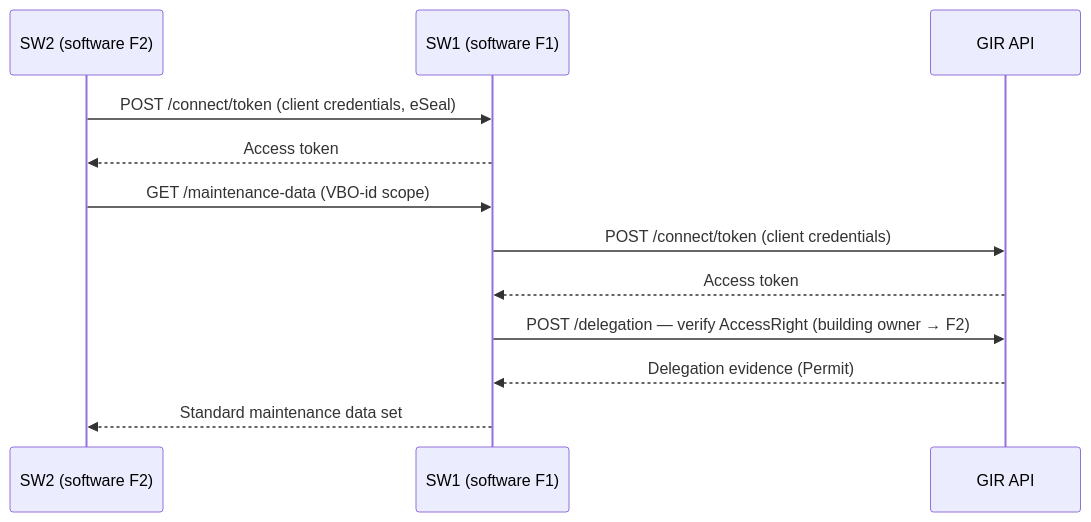
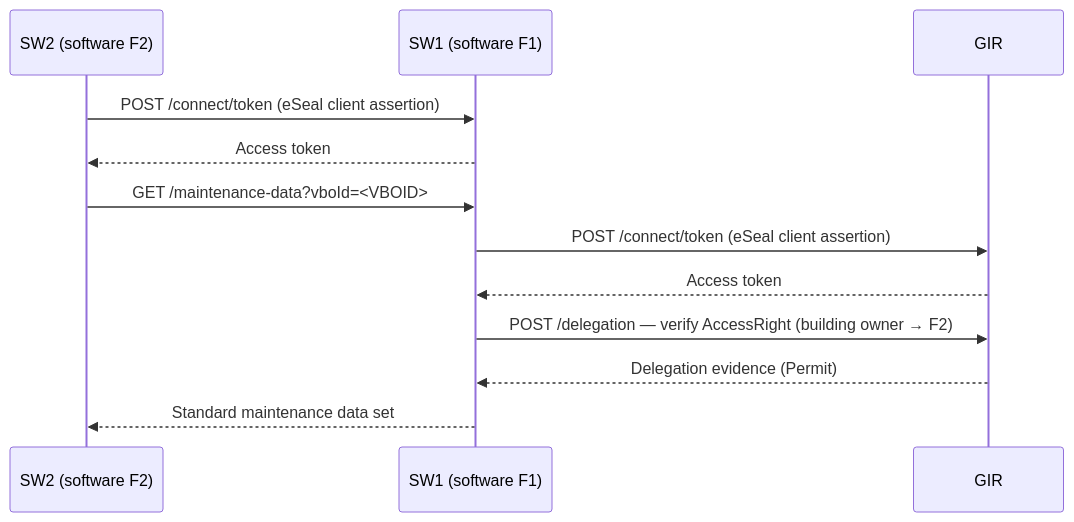
One commit to POORT8/Poort8.Docs changed the fourth of 4 diagrams in gir/digitaal-onderhoudsboekje-flow.md. Above: the diagram before and after it, drawn with Mermaid. The commit also changed other lines of this file, not shown here.

Commit message:
Deploy gir docs: 50dd8beb269a090f4248a4ed5dea28e4ca4254bb

````diff
--- a/gir/digitaal-onderhoudsboekje-flow.md
+++ b/gir/digitaal-onderhoudsboekje-flow.md
@@ -301,15 +327,15 @@
 ```mermaid
 sequenceDiagram
     participant SW2 as SW2 (software F2)
     participant SW1 as SW1 (software F1)
-    participant GIR as GIR API
+    participant GIR as GIR
 
-    SW2->>SW1: POST /connect/token (client credentials, eSeal)
+    SW2->>SW1: POST /connect/token (eSeal client assertion)
     SW1-->>SW2: Access token
-    SW2->>SW1: GET /maintenance-data (VBO-id scope)
-    SW1->>GIR: POST /connect/token (client credentials)
+    SW2->>SW1: GET /maintenance-data?vboId=<VBOID>
+    SW1->>GIR: POST /connect/token (eSeal client assertion)
     GIR-->>SW1: Access token
     SW1->>GIR: POST /delegation — verify AccessRight (building owner → F2)
     GIR-->>SW1: Delegation evidence (Permit)
     SW1-->>SW2: Standard maintenance data set
 ```
````
